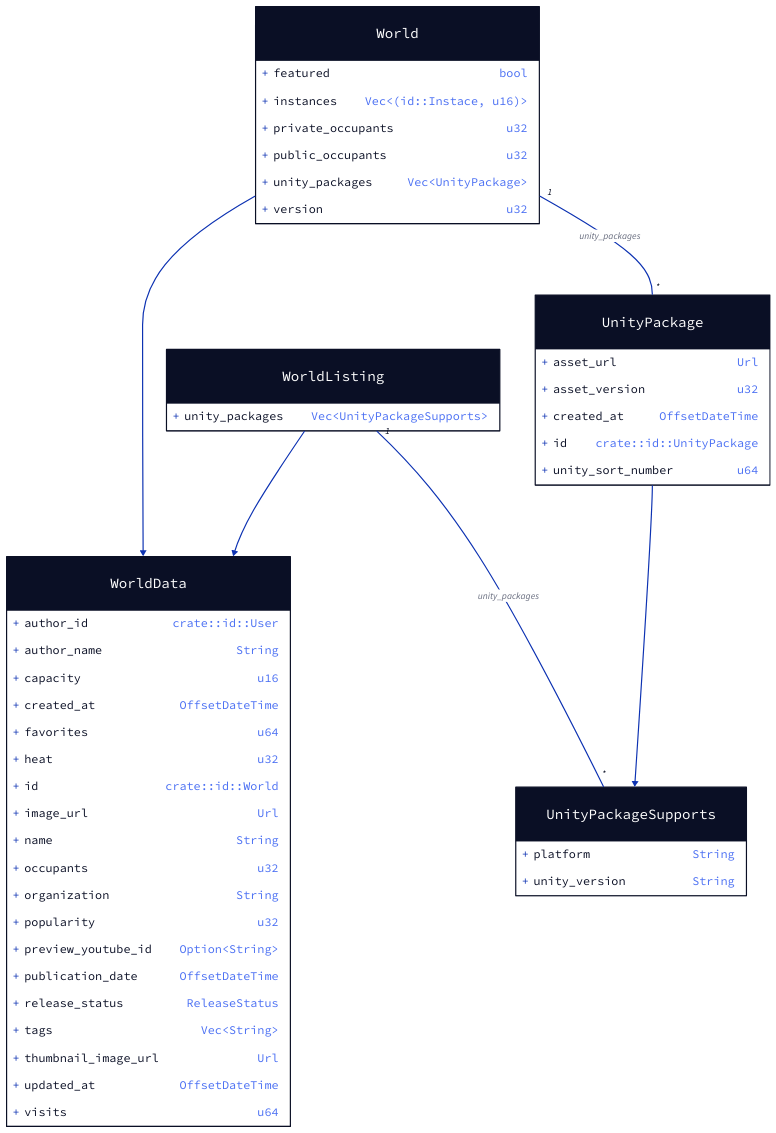
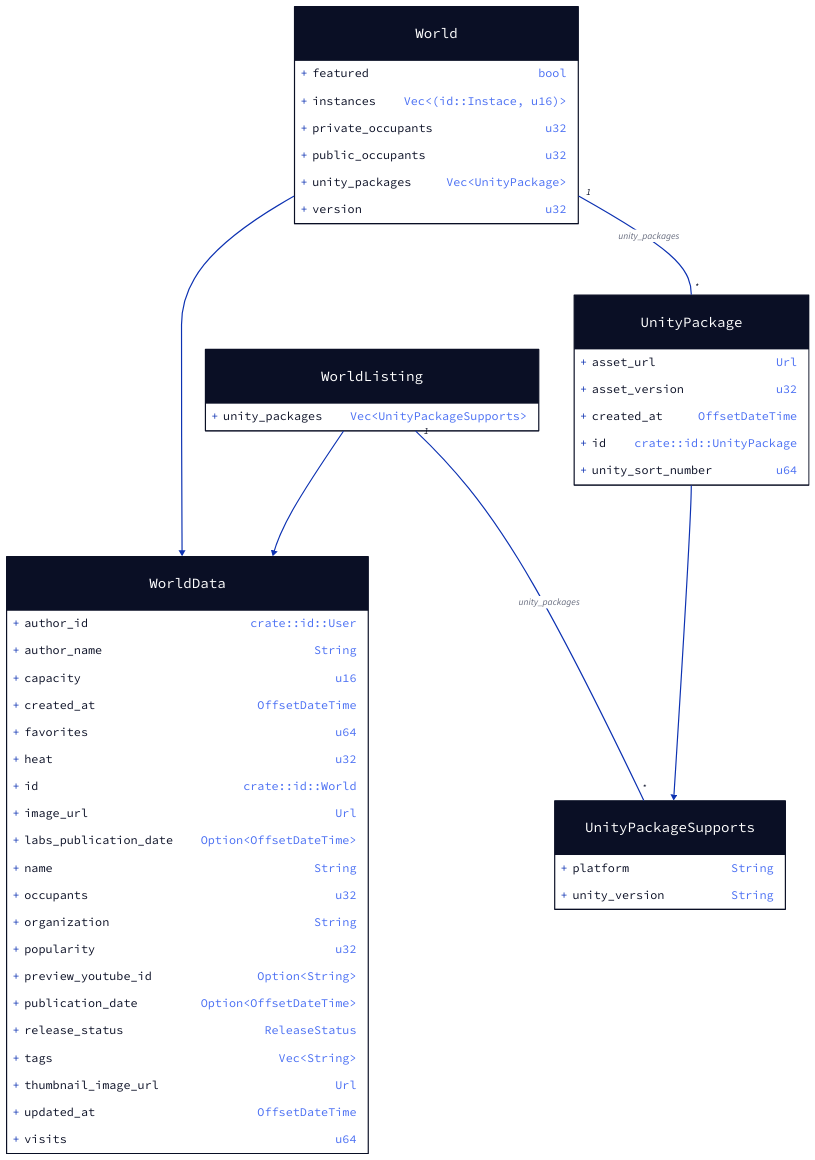
One commit to onlivfe/vrc_rs changed the diagram in docs/worlds.d2. Above: the diagram before and after it, drawn with D2. The commit also changed 3 other files, not shown here.

```diff
--- a/docs/worlds.d2
+++ b/docs/worlds.d2
@@ -1,73 +1,73 @@
 
 
 UnityPackageSupports: {
   shape: class
 
 	platform: String
 	unity_version: String
 }
 
 UnityPackage: {
 	shape: class
 
 	asset_url: Url
 	asset_version: u32
 	created_at: OffsetDateTime
 	id: crate::id::UnityPackage
 	unity_sort_number: u64
 }
 UnityPackage -> UnityPackageSupports
 
 
 WorldData: {
 	shape: class
 
 	author_id: crate::id::User
 	author_name: String
 	capacity: u16
 	created_at: OffsetDateTime
 	favorites: u64
 	heat: u32
 	id: crate::id::World
 	image_url: Url
-	#labs_publication_date: OffsetDateTime
+	labs_publication_date: Option<OffsetDateTime>
 	name: String
 	occupants: u32
 	organization: String
 	popularity: u32
 	preview_youtube_id: Option<String>
-	publication_date: OffsetDateTime
+	publication_date: Option<OffsetDateTime>
 	release_status: ReleaseStatus
 	tags: Vec<String>
 	thumbnail_image_url: Url
 	updated_at: OffsetDateTime
 	visits: u64
 }
 
 WorldListing: {
 	shape: class
 
 	unity_packages: Vec<UnityPackageSupports>
 }
 WorldListing -> WorldData
 WorldListing -- UnityPackageSupports: "unity_packages" {
 	source-arrowhead.label: 1
 	target-arrowhead.label: *
 }
 
 
 World: {
 	shape: class
 
 	featured: bool
 	instances: Vec<(id::Instace, u16)>
 	private_occupants: u32
 	public_occupants: u32
 	unity_packages: Vec<UnityPackage>
 	version: u32
 }
 World -> WorldData
 World -- UnityPackage: "unity_packages" {
 	source-arrowhead.label: 1
 	target-arrowhead.label: *
 }
```
